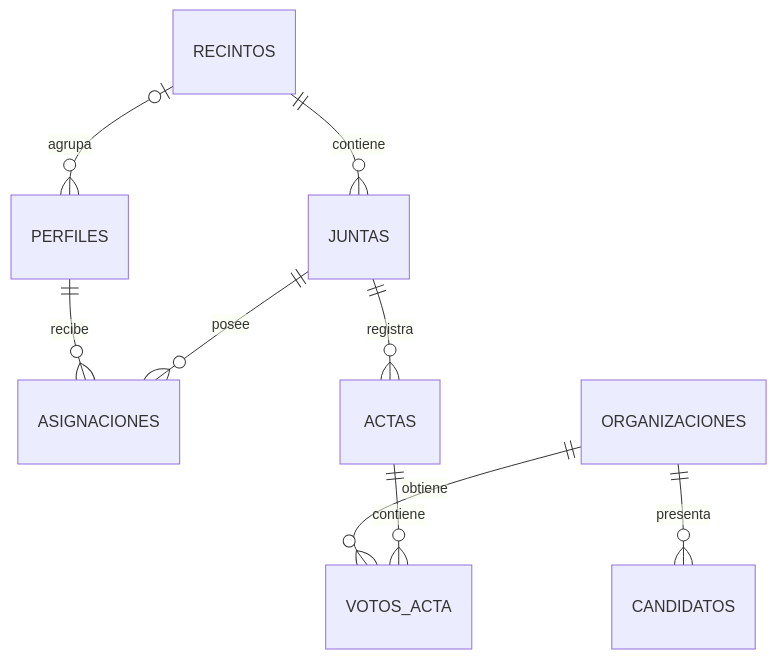
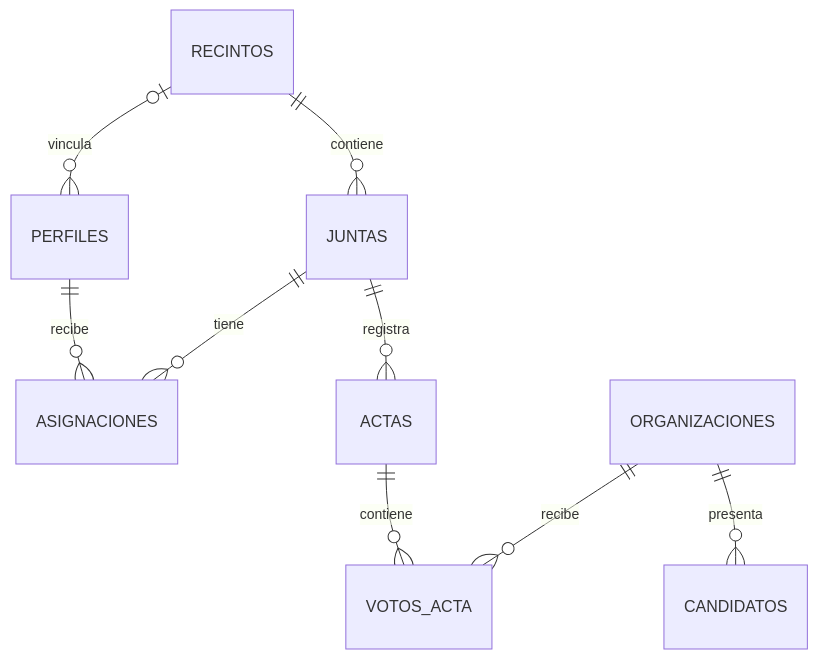
One commit to josselynreyes-ux/Examen01_DesarrolloMovil changed the second of 2 diagrams in README.md. Above: the diagram before and after it, drawn with Mermaid. The commit also changed other lines of this file, not shown here.

````diff
--- a/README.md
+++ b/README.md
@@ -208,11 +157,11 @@
 ```mermaid
 erDiagram
     RECINTOS ||--o{ JUNTAS : contiene
-    RECINTOS o|--o{ PERFILES : agrupa
+    RECINTOS o|--o{ PERFILES : vincula
     PERFILES ||--o{ ASIGNACIONES : recibe
-    JUNTAS ||--o{ ASIGNACIONES : posee
+    JUNTAS ||--o{ ASIGNACIONES : tiene
     JUNTAS ||--o{ ACTAS : registra
     ORGANIZACIONES ||--o{ CANDIDATOS : presenta
-    ORGANIZACIONES ||--o{ VOTOS_ACTA : obtiene
     ACTAS ||--o{ VOTOS_ACTA : contiene
+    ORGANIZACIONES ||--o{ VOTOS_ACTA : recibe
 ```
````
